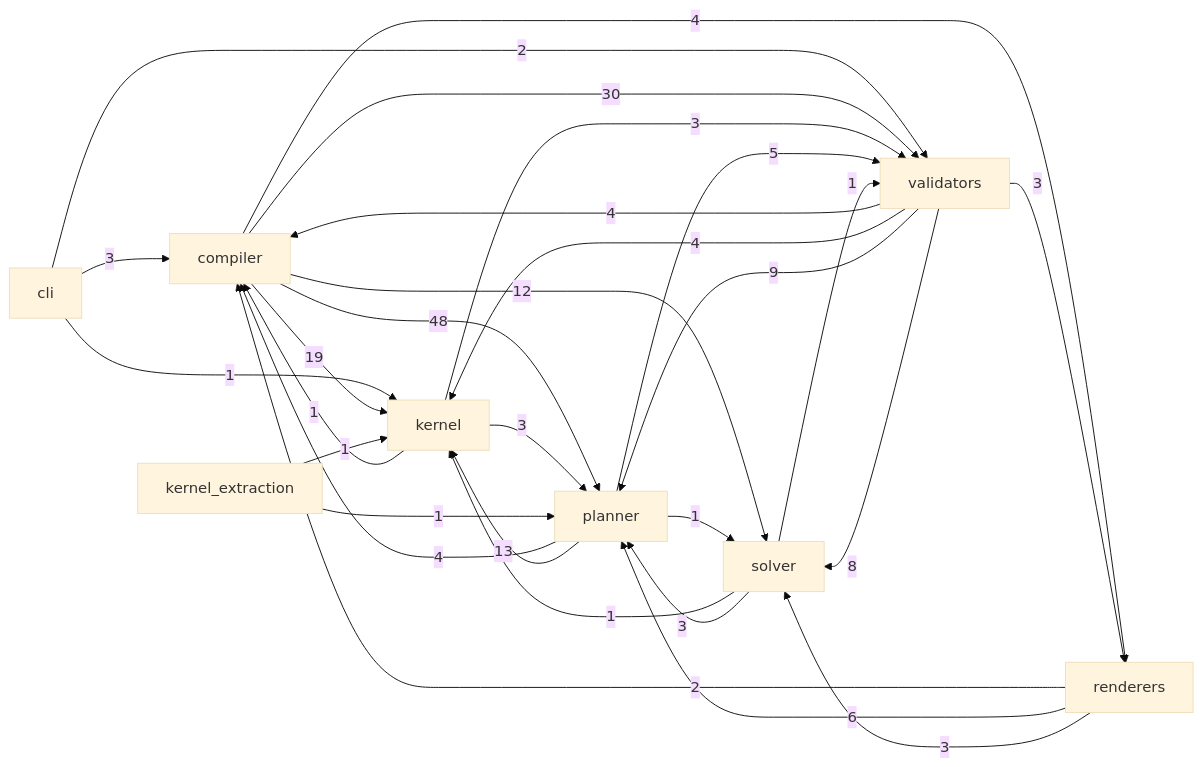
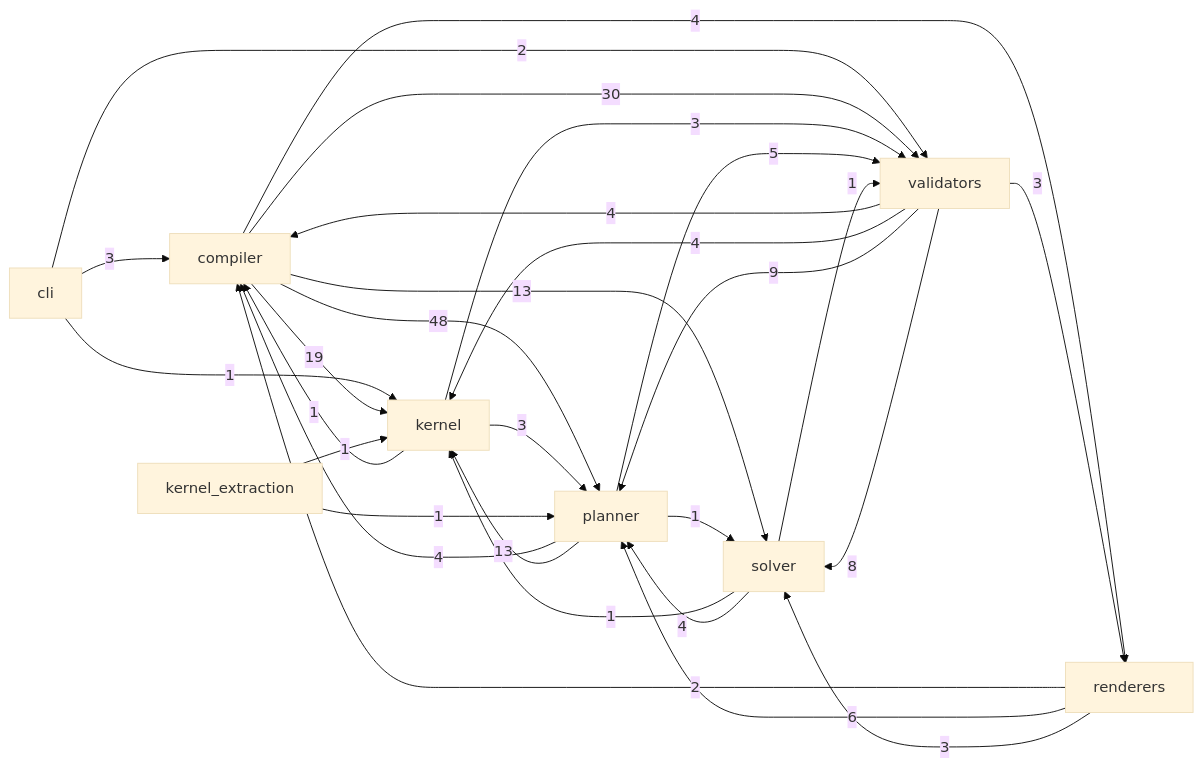
The diagram in docs/reference/code.md (Kingsley-Cyber/cinematic-compiler-core), drawn with Mermaid (base theme) before and after one commit. The commit also changed other lines of this file and 42 other files, not shown here.

````diff
--- a/docs/reference/code.md
+++ b/docs/reference/code.md
@@ -15,31 +15,31 @@
 ```mermaid
 flowchart LR
   cli -->|3| compiler
   cli -->|1| kernel
   cli -->|2| validators
   compiler -->|19| kernel
   compiler -->|48| planner
   compiler -->|4| renderers
-  compiler -->|12| solver
+  compiler -->|13| solver
   compiler -->|30| validators
   kernel -->|1| compiler
   kernel -->|3| planner
   kernel -->|3| validators
   kernel_extraction -->|1| kernel
   kernel_extraction -->|1| planner
   planner -->|4| compiler
   planner -->|13| kernel
   planner -->|1| solver
   planner -->|5| validators
   renderers -->|2| compiler
   renderers -->|6| planner
   renderers -->|3| solver
   solver -->|1| kernel
-  solver -->|3| planner
+  solver -->|4| planner
   solver -->|1| validators
   validators -->|4| compiler
   validators -->|4| kernel
   validators -->|9| planner
   validators -->|3| renderers
   validators -->|8| solver
 ```
````
